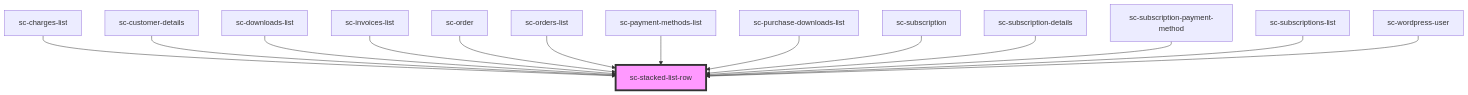
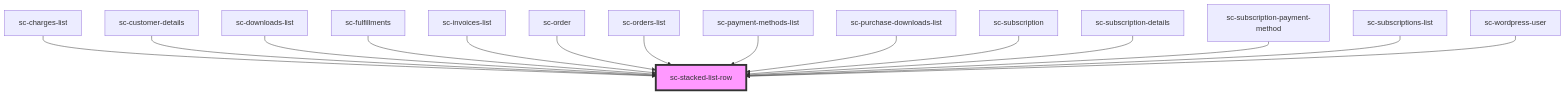
The diagram in packages/components/src/components/ui/stacked-list-row/readme.md (surecart/surecart-wp-plugin), drawn with Mermaid before and after one commit. The commit also changed other lines of this file and 29 other files, not shown here.

````diff
--- a/packages/components/src/components/ui/stacked-list-row/readme.md
+++ b/packages/components/src/components/ui/stacked-list-row/readme.md
@@ -43,17 +44,18 @@
 ```mermaid
 graph TD;
   sc-charges-list --> sc-stacked-list-row
   sc-customer-details --> sc-stacked-list-row
   sc-downloads-list --> sc-stacked-list-row
+  sc-fulfillments --> sc-stacked-list-row
   sc-invoices-list --> sc-stacked-list-row
   sc-order --> sc-stacked-list-row
   sc-orders-list --> sc-stacked-list-row
   sc-payment-methods-list --> sc-stacked-list-row
   sc-purchase-downloads-list --> sc-stacked-list-row
   sc-subscription --> sc-stacked-list-row
   sc-subscription-details --> sc-stacked-list-row
   sc-subscription-payment-method --> sc-stacked-list-row
   sc-subscriptions-list --> sc-stacked-list-row
   sc-wordpress-user --> sc-stacked-list-row
   style sc-stacked-list-row fill:#f9f,stroke:#333,stroke-width:4px
 ```
````
